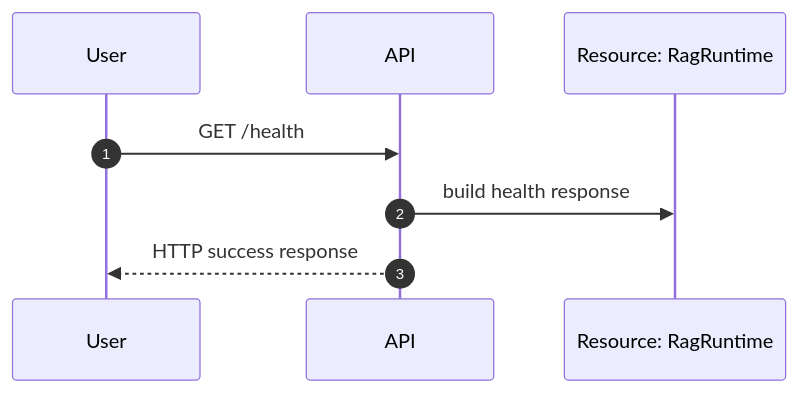
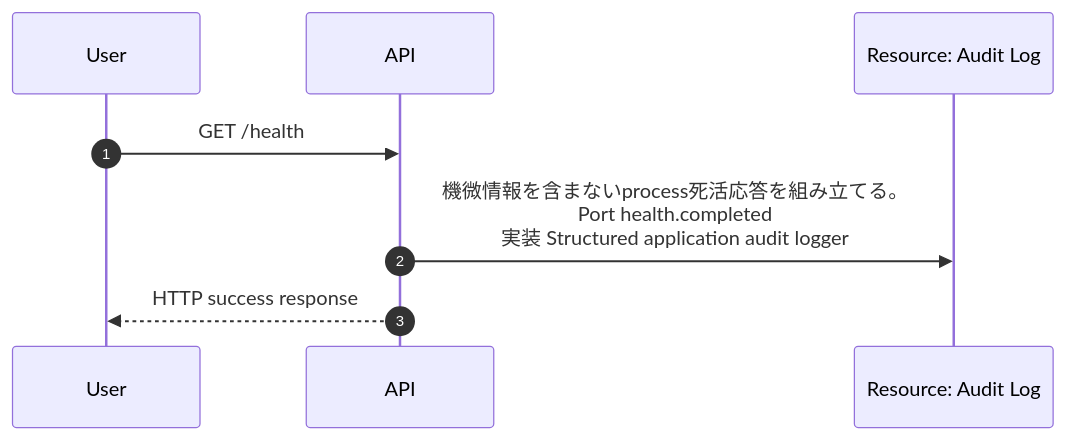
The diagram in docs/spec/40.apis/system/health/sequence_gen.md (tsuji-tomonori/rag-sample), drawn with Mermaid before and after one commit. The commit also changed 60 other files, not shown here.

Commit message:
♻️ refactor(api): 実装由来のDB・resource sequence生成へ刷新

````diff
--- a/docs/spec/40.apis/system/health/sequence_gen.md
+++ b/docs/spec/40.apis/system/health/sequence_gen.md
@@ -5,10 +5,10 @@
 ```mermaid
 sequenceDiagram
   autonumber
   participant User as User
   participant API as API
-  participant RAG as Resource: RagRuntime
+  participant R_audit_log as Resource: Audit Log
   User->>API: GET /health
-  API->>RAG: build health response
+  API->>R_audit_log: 機微情報を含まないprocess死活応答を組み立てる。<br/>Port health.completed<br/>実装 Structured application audit logger
   API-->>User: HTTP success response
 ```
````
